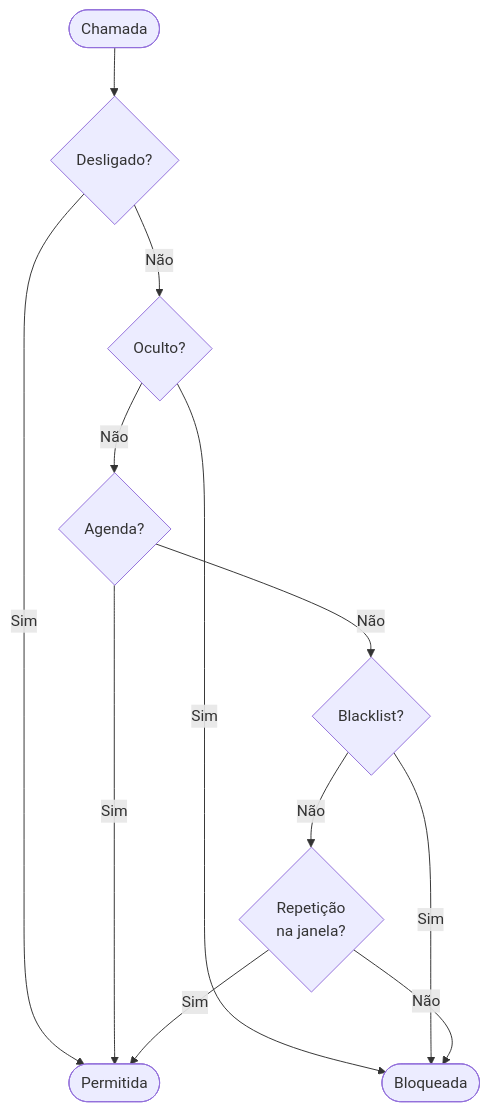
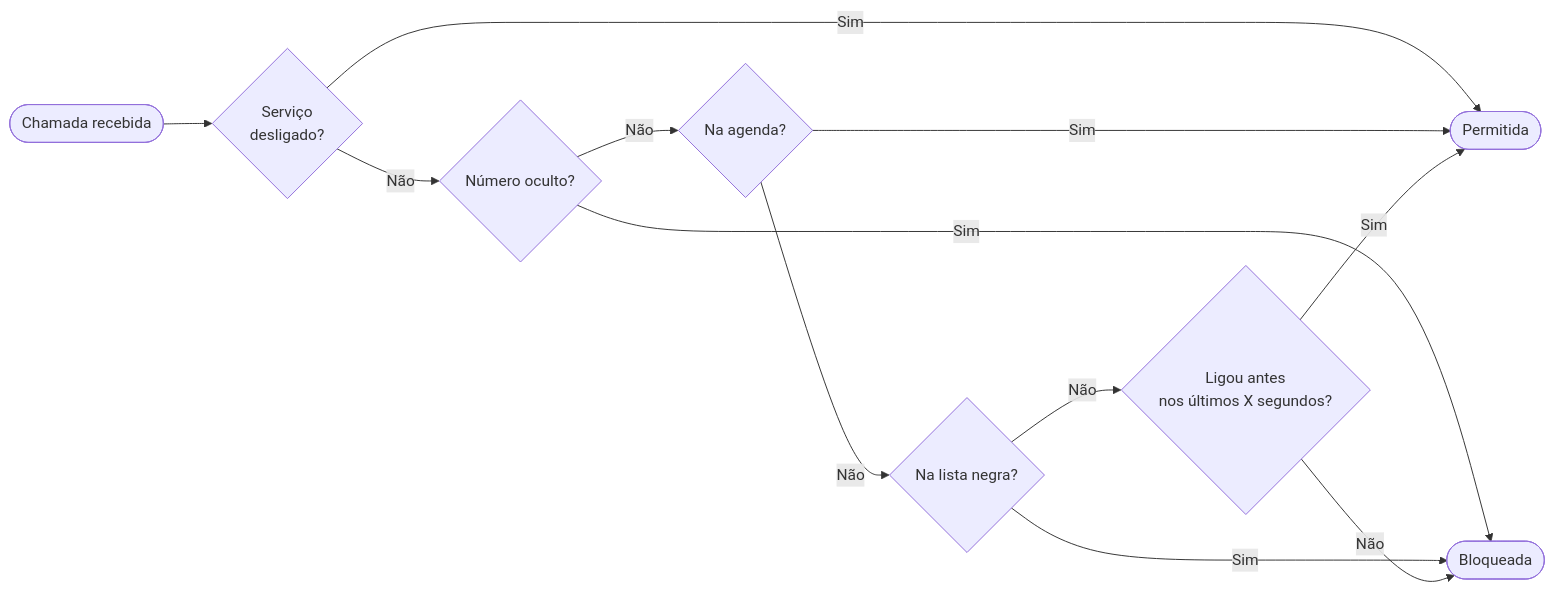
Before and after one commit to acdcmaia/call-guard: the diagram in README.md, drawn with Mermaid.

Commit message:
docs: revert flowchart to original LR layout with full labels

````diff
--- a/README.md
+++ b/README.md
@@ -7,14 +7,14 @@
 ```mermaid
-flowchart TD
-    A([Chamada]) --> OFF{Desligado?}
+flowchart LR
+    A([Chamada recebida]) --> OFF{Serviço\ndesligado?}
     OFF -- Sim --> E([Permitida])
-    OFF -- Não --> P{Oculto?}
+    OFF -- Não --> P{Número oculto?}
     P -- Sim --> C([Bloqueada])
-    P -- Não --> CK{Agenda?}
+    P -- Não --> CK{Na agenda?}
     CK -- Sim --> E
-    CK -- Não --> B{Blacklist?}
+    CK -- Não --> B{Na lista negra?}
     B -- Sim --> C
-    B -- Não --> D{Repetição\nna janela?}
+    B -- Não --> D{Ligou antes\nnos últimos X segundos?}
     D -- Não --> C
     D -- Sim --> E
 ```
````
